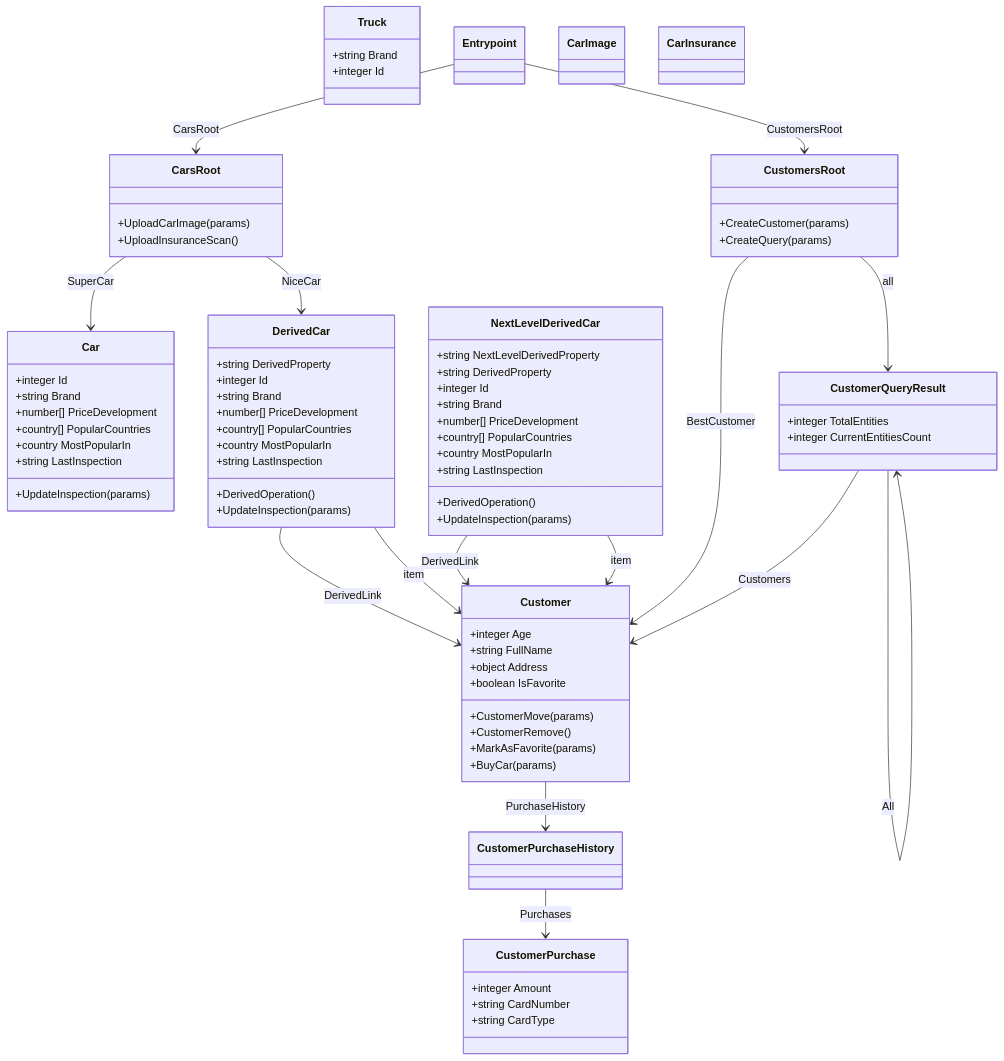
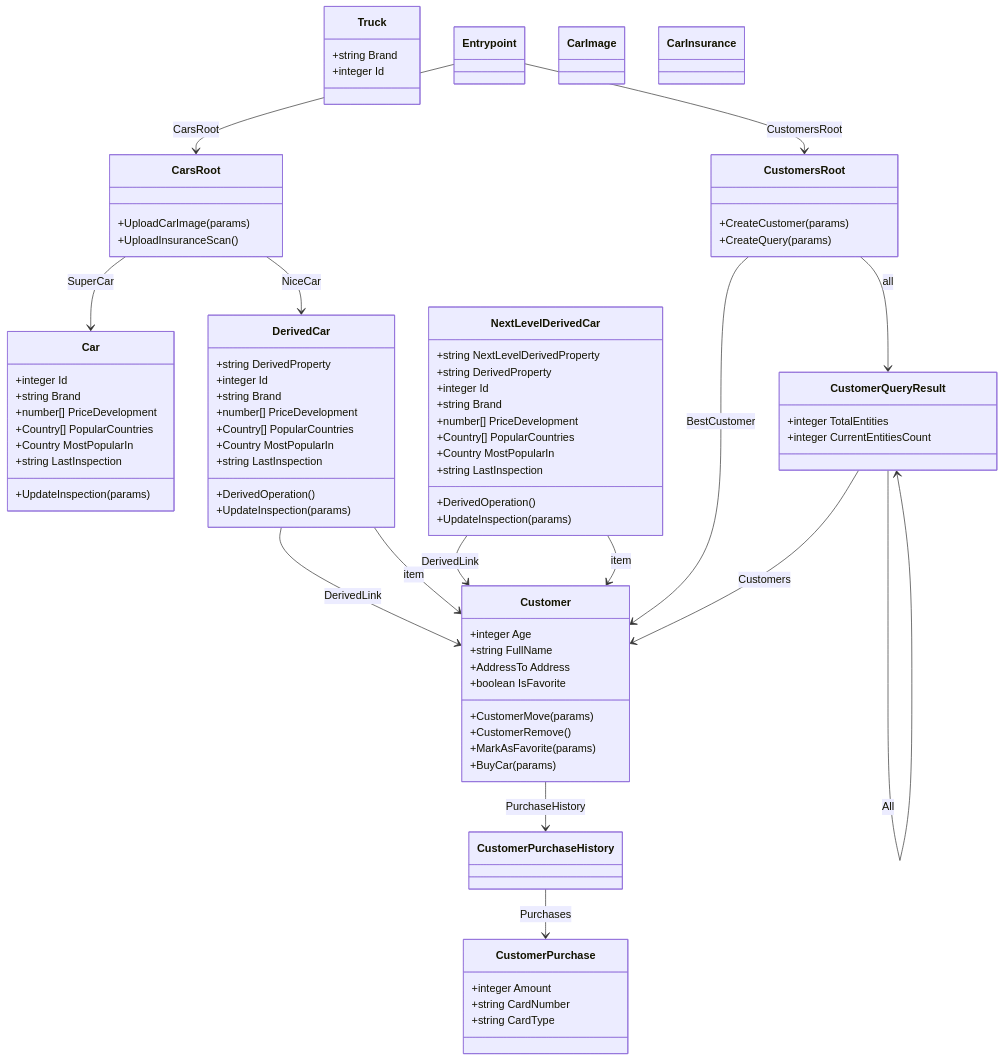
Before and after one commit to RESTyard/RESTyard: the diagram in Source/CarShack/schema-output/htos.md, drawn with Mermaid. The commit also changed 20 other files, not shown here.

```diff
--- a/Source/CarShack/schema-output/htos.md
+++ b/Source/CarShack/schema-output/htos.md
@@ -16,8 +16,8 @@
         +integer Id
         +string Brand
         +number[] PriceDevelopment
-        +country[] PopularCountries
-        +country MostPopularIn
+        +Country[] PopularCountries
+        +Country MostPopularIn
         +string LastInspection
         +UpdateInspection(params)
     }
@@ -30,8 +30,8 @@
         +integer Id
         +string Brand
         +number[] PriceDevelopment
-        +country[] PopularCountries
-        +country MostPopularIn
+        +Country[] PopularCountries
+        +Country MostPopularIn
         +string LastInspection
         +DerivedOperation()
         +UpdateInspection(params)
@@ -42,8 +42,8 @@
         +integer Id
         +string Brand
         +number[] PriceDevelopment
-        +country[] PopularCountries
-        +country MostPopularIn
+        +Country[] PopularCountries
+        +Country MostPopularIn
         +string LastInspection
         +DerivedOperation()
         +UpdateInspection(params)
@@ -62,7 +62,7 @@
     class Customer {
         +integer Age
         +string FullName
-        +object Address
+        +AddressTo Address
         +boolean IsFavorite
         +CustomerMove(params)
         +CustomerRemove()
```
